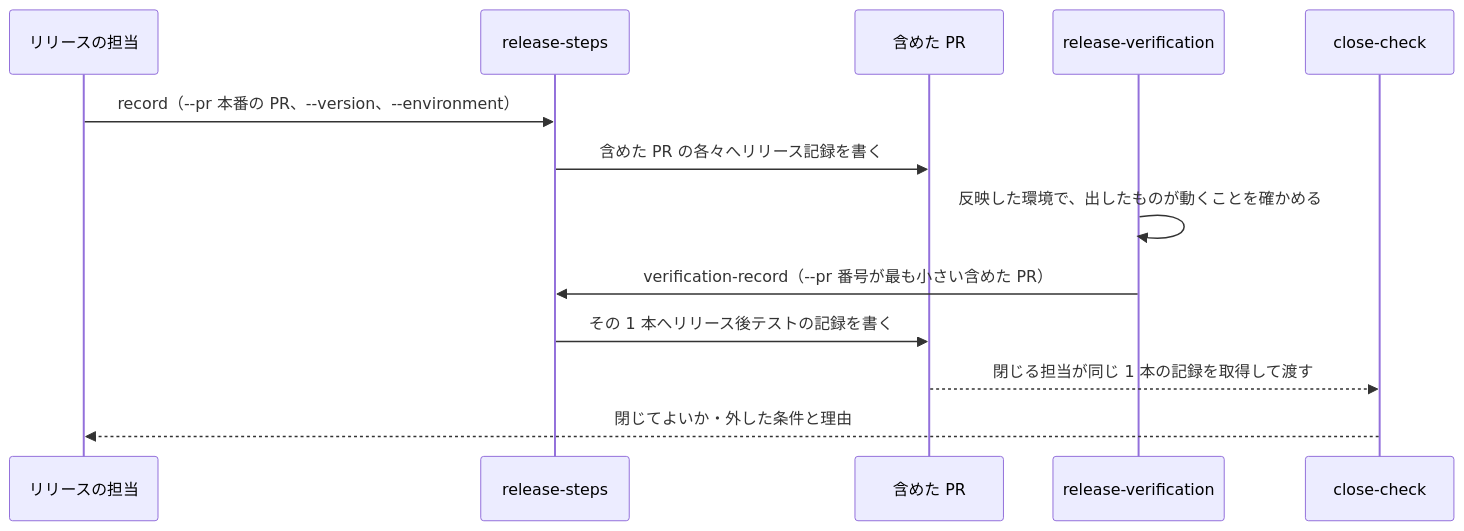
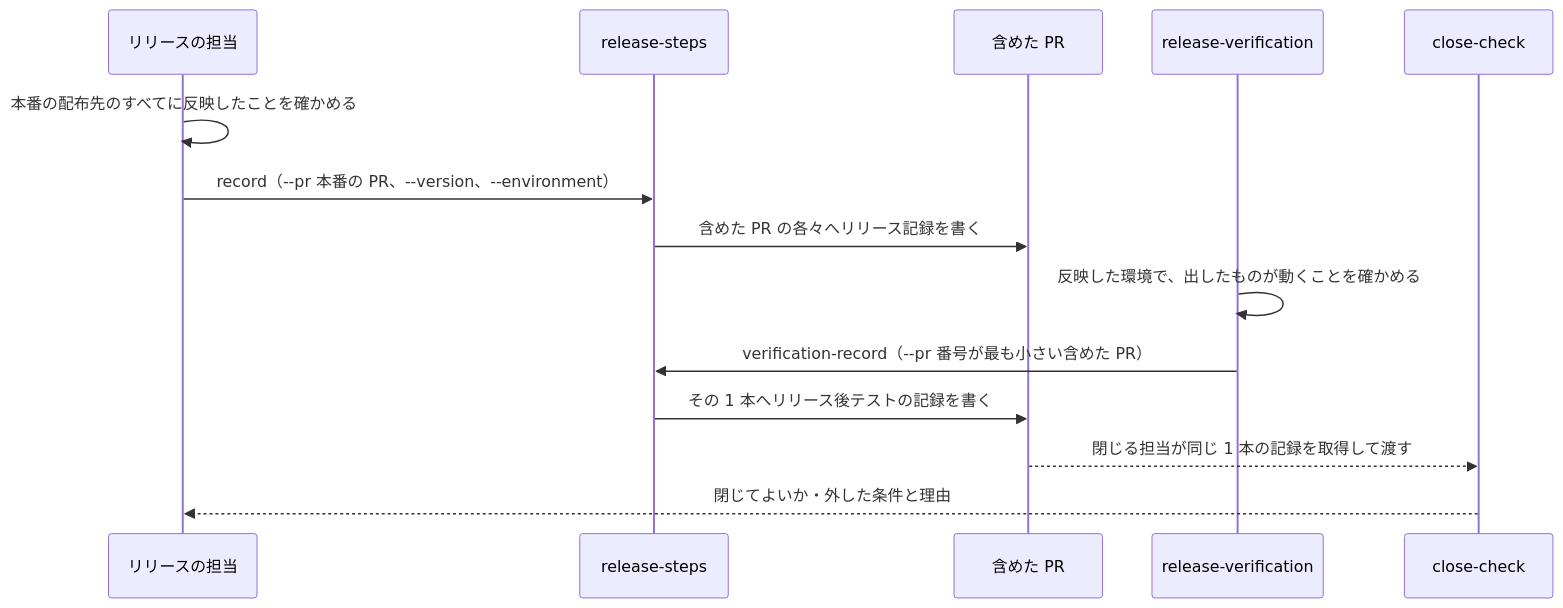
The third of 3 diagrams in issues/issue-4580-design.md (devbasex/ai-plugins), drawn with Mermaid before and after one commit. The commit also changed other lines of this file, not shown here.

````diff
--- a/issues/issue-4580-design.md
+++ b/issues/issue-4580-design.md
@@ -247,15 +247,16 @@
 ```mermaid
 sequenceDiagram
   participant R as リリースの担当
   participant S as release-steps
   participant G as 含めた PR
   participant V as release-verification
   participant C as close-check
+  R->>R: 本番の配布先のすべてに反映したことを確かめる
   R->>S: record（--pr 本番の PR、--version、--environment）
   S->>G: 含めた PR の各々へリリース記録を書く
   V->>V: 反映した環境で、出したものが動くことを確かめる
   V->>S: verification-record（--pr 番号が最も小さい含めた PR）
   S->>G: その 1 本へリリース後テストの記録を書く
   G-->>C: 閉じる担当が同じ 1 本の記録を取得して渡す
   C-->>R: 閉じてよいか・外した条件と理由
 ```
````
